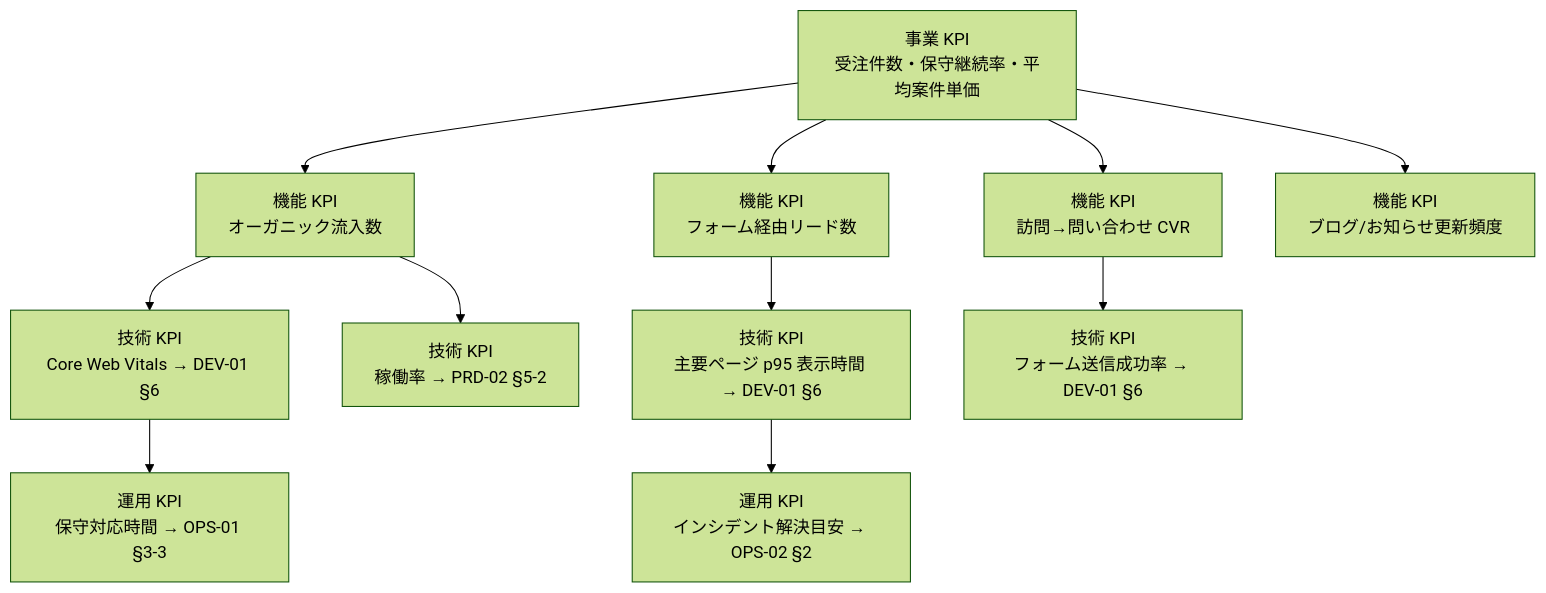
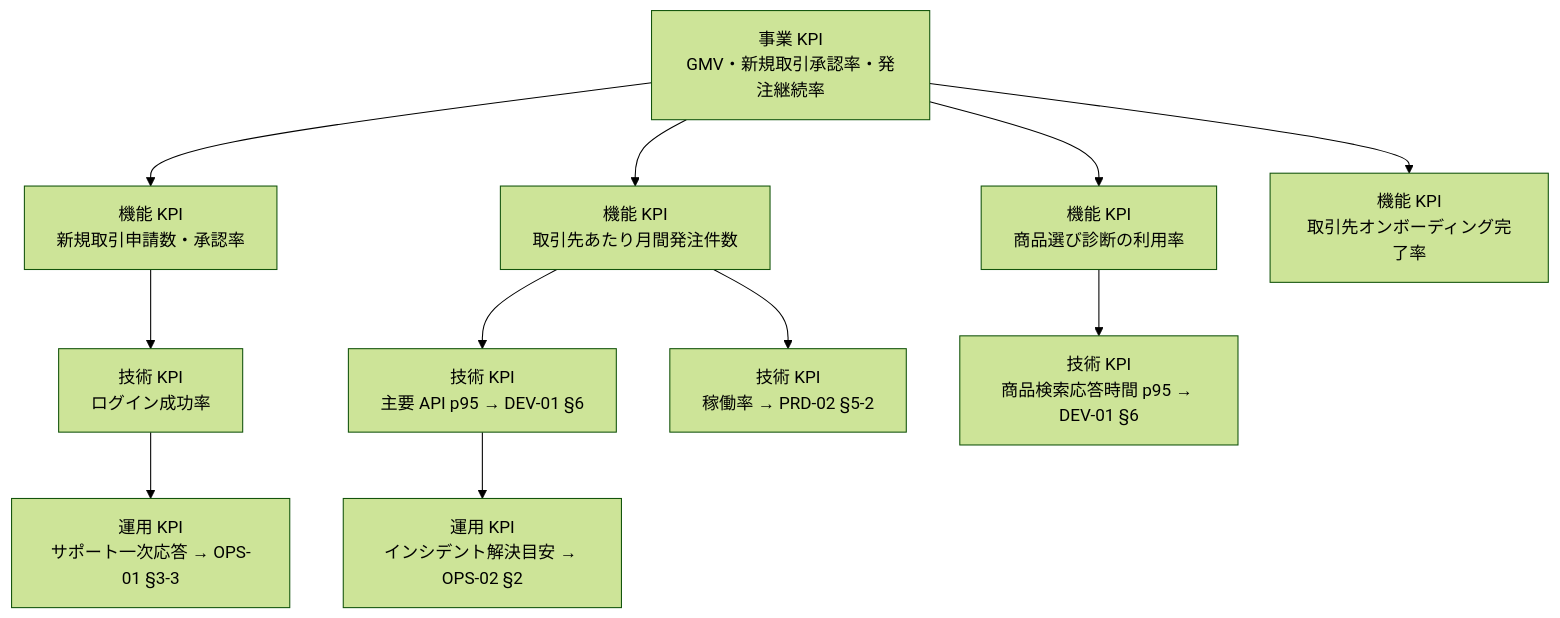
Before and after one commit to team-natural/business-pet-kampo: the diagram in docs/1-business/02-value-kpi.md, drawn with Mermaid (forest theme). The commit also changed other lines of this file and 22 other files, not shown here.

````diff
--- a/docs/1-business/02-value-kpi.md
+++ b/docs/1-business/02-value-kpi.md
@@ -37,13 +35,13 @@
 ```mermaid
 graph TD
-    KGI[事業 KPI<br/>受注件数・保守継続率・平均案件単価] --> FKPI1[機能 KPI<br/>オーガニック流入数]
-    KGI --> FKPI2[機能 KPI<br/>フォーム経由リード数]
-    KGI --> FKPI3[機能 KPI<br/>訪問→問い合わせ CVR]
-    KGI --> FKPI4[機能 KPI<br/>ブログ/お知らせ更新頻度]
-    FKPI1 --> TKPI1[技術 KPI<br/>Core Web Vitals → DEV-01 §6]
-    FKPI2 --> TKPI2[技術 KPI<br/>主要ページ p95 表示時間 → DEV-01 §6]
-    FKPI3 --> TKPI3[技術 KPI<br/>フォーム送信成功率 → DEV-01 §6]
-    FKPI1 --> TKPI4[技術 KPI<br/>稼働率 → PRD-02 §5-2]
-    TKPI1 --> OKPI1[運用 KPI<br/>保守対応時間 → OPS-01 §3-3]
+    KGI[事業 KPI<br/>GMV・新規取引承認率・発注継続率] --> FKPI1[機能 KPI<br/>新規取引申請数・承認率]
+    KGI --> FKPI2[機能 KPI<br/>取引先あたり月間発注件数]
+    KGI --> FKPI3[機能 KPI<br/>商品選び診断の利用率]
+    KGI --> FKPI4[機能 KPI<br/>取引先オンボーディング完了率]
+    FKPI1 --> TKPI1[技術 KPI<br/>ログイン成功率]
+    FKPI2 --> TKPI2[技術 KPI<br/>主要 API p95 → DEV-01 §6]
+    FKPI3 --> TKPI3[技術 KPI<br/>商品検索応答時間 p95 → DEV-01 §6]
+    FKPI2 --> TKPI4[技術 KPI<br/>稼働率 → PRD-02 §5-2]
+    TKPI1 --> OKPI1[運用 KPI<br/>サポート一次応答 → OPS-01 §3-3]
     TKPI2 --> OKPI2[運用 KPI<br/>インシデント解決目安 → OPS-02 §2]
 ```
````
